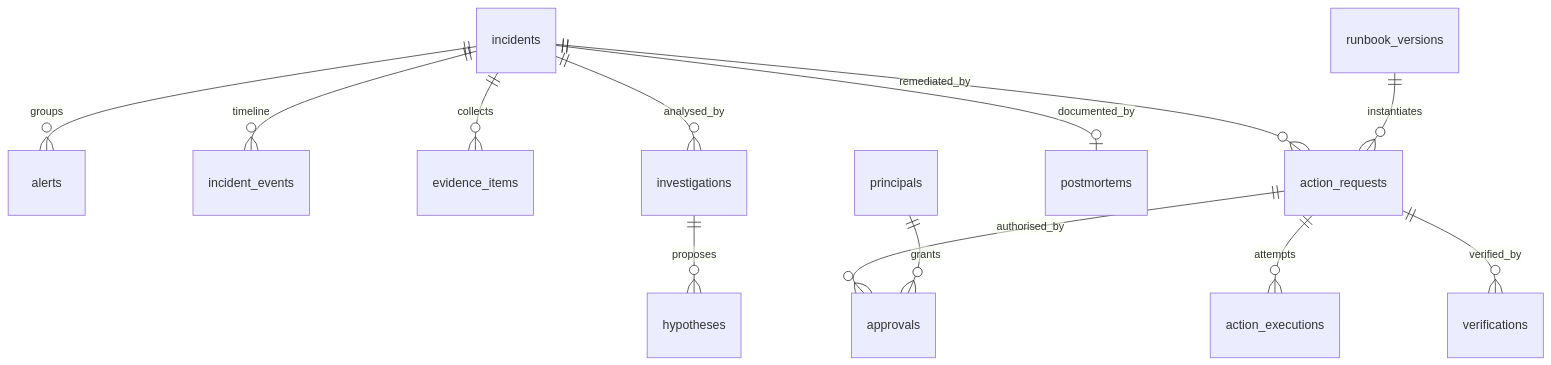
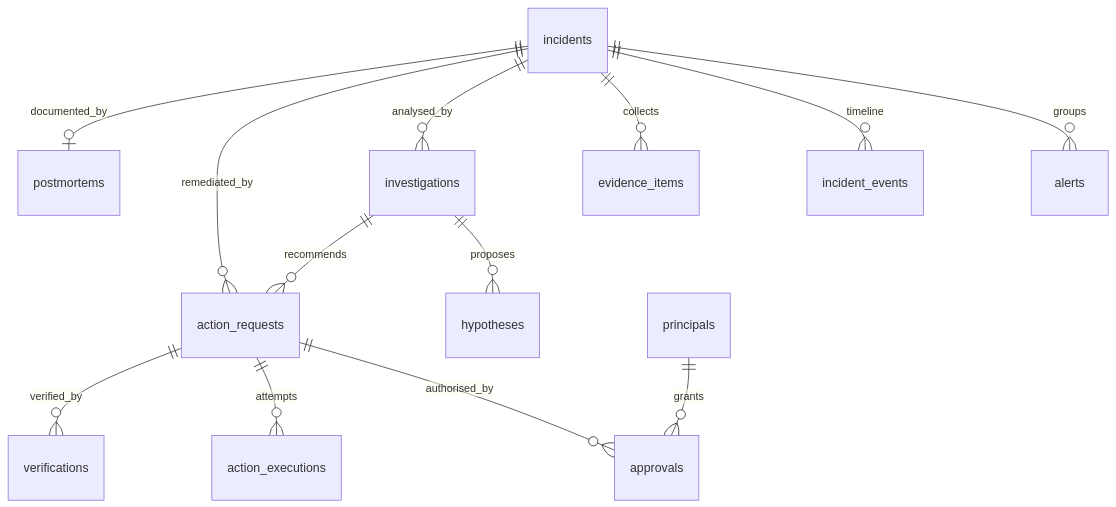
The diagram in docs/data-model.md (Akanksha1809/Sentinel-AI-SRE), drawn with Mermaid before and after one commit. The commit also changed other lines of this file and 32 other files, not shown here.

````diff
--- a/docs/data-model.md
+++ b/docs/data-model.md
@@ -9,15 +12,15 @@
 ```mermaid
 erDiagram
     incidents ||--o{ alerts : groups
     incidents ||--o{ incident_events : timeline
     incidents ||--o{ evidence_items : collects
     incidents ||--o{ investigations : analysed_by
     investigations ||--o{ hypotheses : proposes
     incidents ||--o{ action_requests : remediated_by
-    runbook_versions ||--o{ action_requests : instantiates
+    investigations ||--o{ action_requests : recommends
     action_requests ||--o{ approvals : authorised_by
     action_requests ||--o{ action_executions : attempts
     action_requests ||--o{ verifications : verified_by
     incidents ||--o| postmortems : documented_by
     principals ||--o{ approvals : grants
 ```
````
